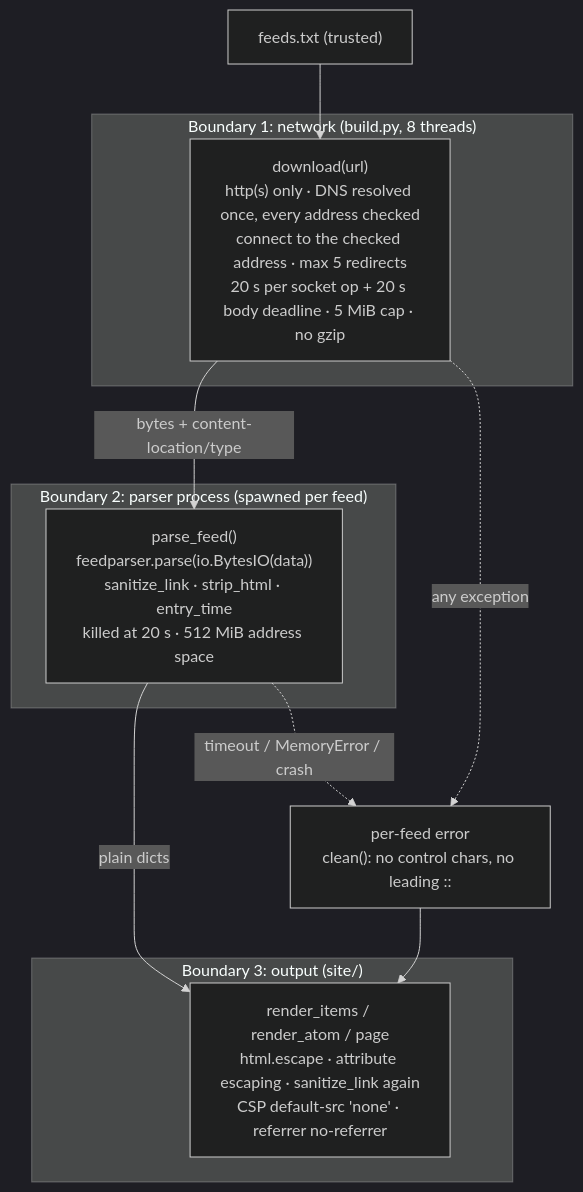
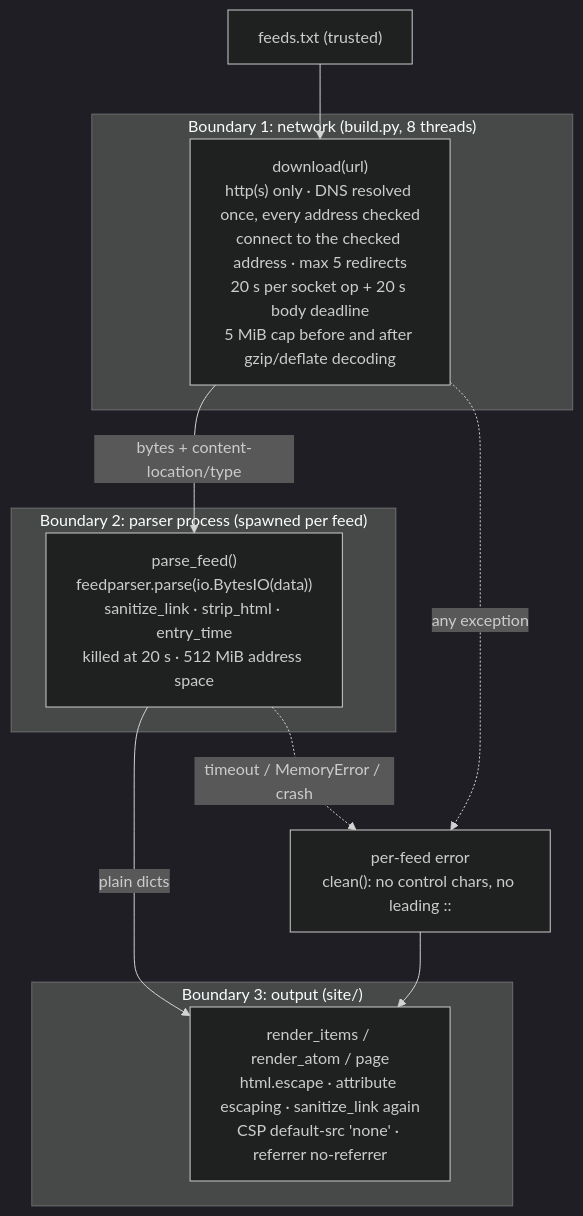
Before and after one commit to cokesme/rss: the diagram in design/rfd-0002-feed-security-hardening.md, drawn with Mermaid (dark theme). The commit also changed other lines of this file and 1 other file, not shown here.

Commit message:
docs: update RFDs for the escape-hatch removal, bounded decoding and Atom ids

````diff
--- a/design/rfd-0002-feed-security-hardening.md
+++ b/design/rfd-0002-feed-security-hardening.md
@@ -83,18 +83,18 @@
 ```mermaid
 flowchart TD
     F["feeds.txt (trusted)"] --> D
     subgraph net ["Boundary 1: network (build.py, 8 threads)"]
-        D["download(url)<br/>http(s) only · DNS resolved once, every address checked<br/>connect to the checked address · max 5 redirects<br/>20 s per socket op + 20 s body deadline · 5 MiB cap · no gzip"]
+        D["download(url)<br/>http(s) only · DNS resolved once, every address checked<br/>connect to the checked address · max 5 redirects<br/>20 s per socket op + 20 s body deadline<br/>5 MiB cap before and after gzip/deflate decoding"]
     end
     D -- "bytes + content-location/type" --> P
     subgraph proc ["Boundary 2: parser process (spawned per feed)"]
         P["parse_feed()<br/>feedparser.parse(io.BytesIO(data))<br/>sanitize_link · strip_html · entry_time<br/>killed at 20 s · 512 MiB address space"]
     end
     P -- "plain dicts" --> R
     subgraph out ["Boundary 3: output (site/)"]
         R["render_items / render_atom / page<br/>html.escape · attribute escaping · sanitize_link again<br/>CSP default-src 'none' · referrer no-referrer"]
     end
     D -. "any exception" .-> E["per-feed error<br/>clean(): no control chars, no leading ::"]
     P -. "timeout / MemoryError / crash" .-> E
     E --> R
 ```
````
